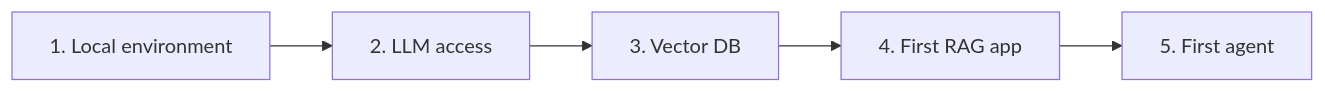
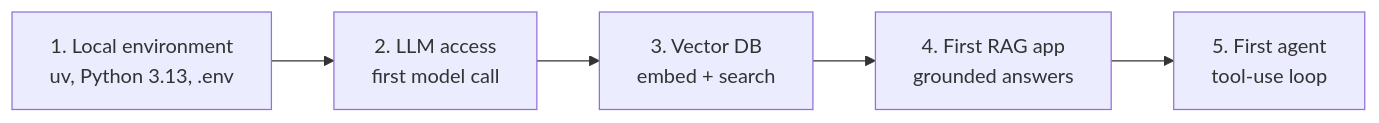
The diagram in content/Setup-Guides/index.md (klnjoy/offerready), drawn with Mermaid before and after one commit. The commit also changed other lines of this file and 116 other files, not shown here.

````diff
--- a/content/Setup-Guides/index.md
+++ b/content/Setup-Guides/index.md
@@ -11,7 +25,7 @@
 ```mermaid
 flowchart LR
-    ENV[1. Local environment] --> LLM[2. LLM access]
-    LLM --> VDB[3. Vector DB]
-    VDB --> RAG[4. First RAG app]
-    RAG --> AGENT[5. First agent]
+    ENV[1. Local environment<br/>uv, Python 3.13, .env] --> LLM[2. LLM access<br/>first model call]
+    LLM --> VDB[3. Vector DB<br/>embed + search]
+    VDB --> RAG[4. First RAG app<br/>grounded answers]
+    RAG --> AGENT[5. First agent<br/>tool-use loop]
 ```
````
